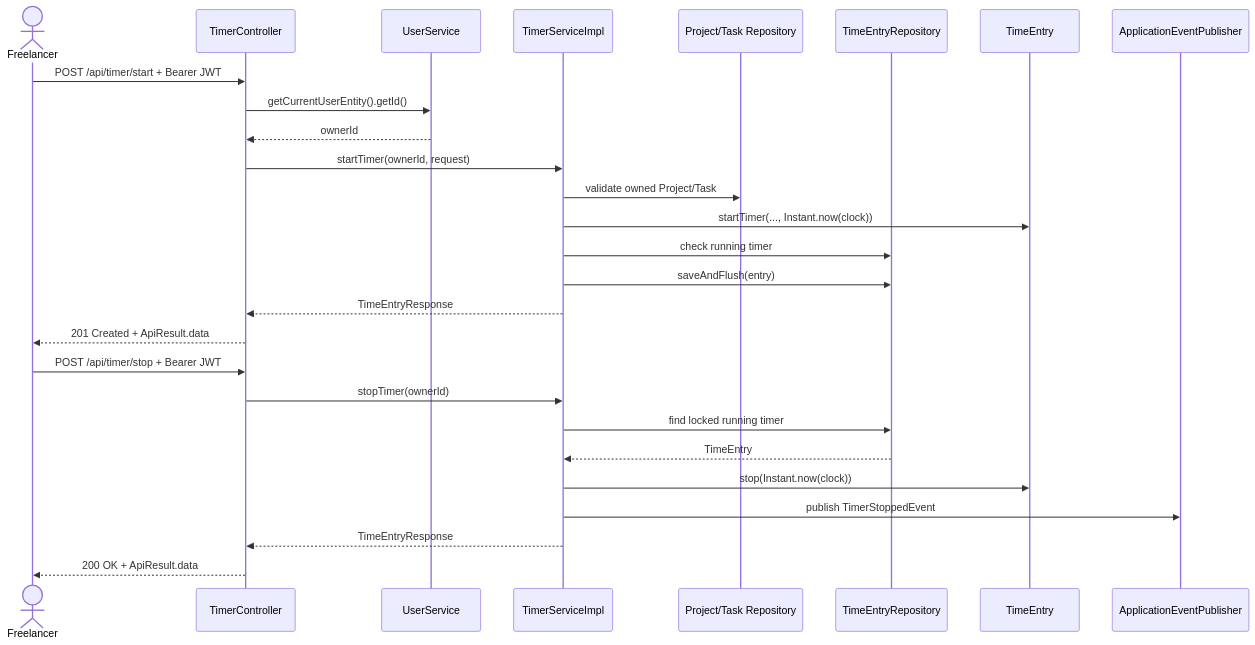
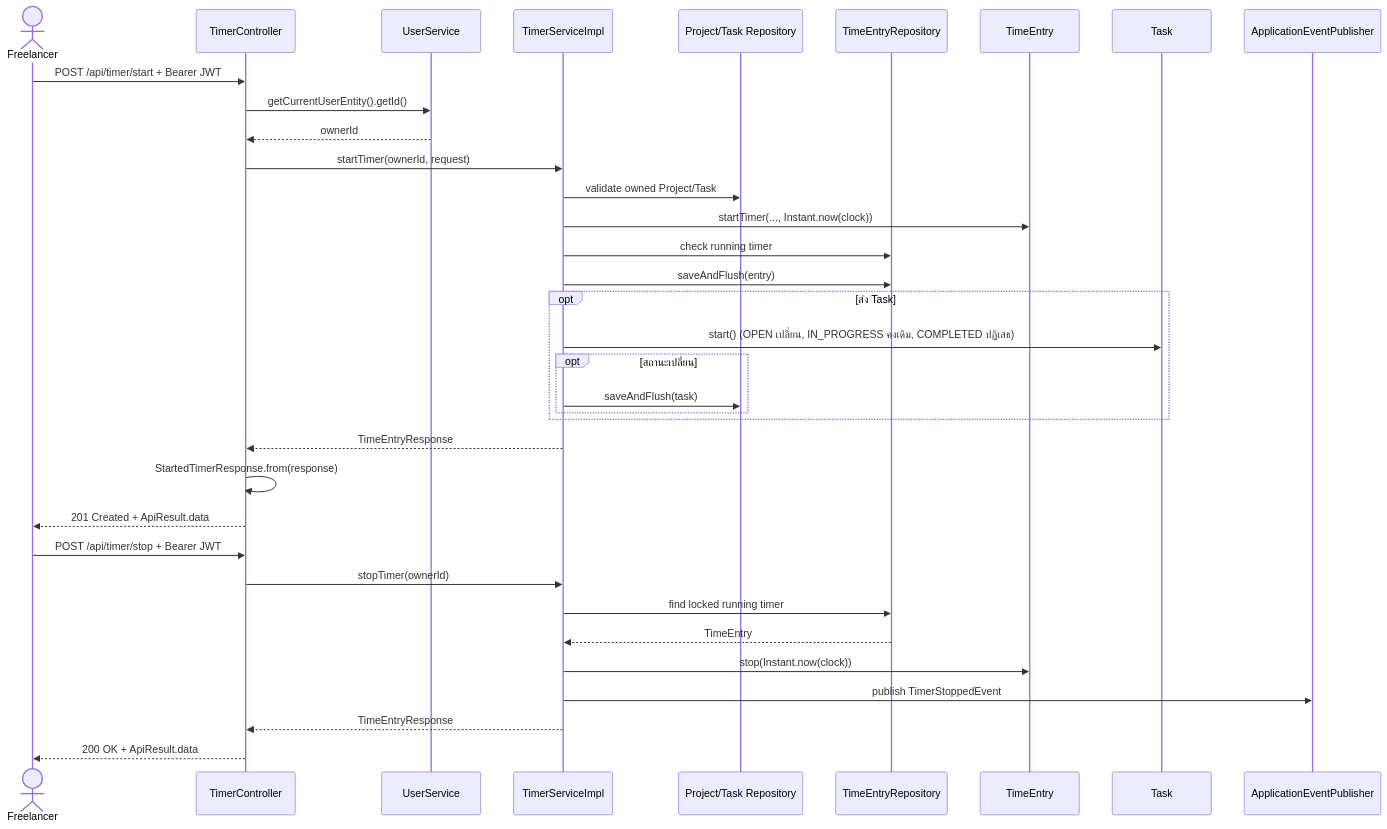
The diagram in doc/V1/USECASE/kompat-usecase.md (lillianxhub/freelance-hub), drawn with Mermaid before and after one commit. The commit also changed other lines of this file and 2 other files, not shown here.

Commit message:
doc: align time tracking documents with timer start behavior

````diff
--- a/doc/V1/USECASE/kompat-usecase.md
+++ b/doc/V1/USECASE/kompat-usecase.md
@@ -153,31 +153,39 @@
 ```mermaid
 sequenceDiagram
     actor F as Freelancer
     participant C as TimerController
     participant U as UserService
     participant S as TimerServiceImpl
     participant P as Project/Task Repository
     participant R as TimeEntryRepository
     participant E as TimeEntry
+    participant T as Task
     participant B as ApplicationEventPublisher
 
     F->>C: POST /api/timer/start + Bearer JWT
     C->>U: getCurrentUserEntity().getId()
     U-->>C: ownerId
     C->>S: startTimer(ownerId, request)
     S->>P: validate owned Project/Task
     S->>E: startTimer(..., Instant.now(clock))
     S->>R: check running timer
     S->>R: saveAndFlush(entry)
+    opt ส่ง Task
+        S->>T: start() (OPEN เปลี่ยน, IN_PROGRESS คงเดิม, COMPLETED ปฏิเสธ)
+        opt สถานะเปลี่ยน
+            S->>P: saveAndFlush(task)
+        end
+    end
     S-->>C: TimeEntryResponse
+    C->>C: StartedTimerResponse.from(response)
     C-->>F: 201 Created + ApiResult.data
 
     F->>C: POST /api/timer/stop + Bearer JWT
     C->>S: stopTimer(ownerId)
     S->>R: find locked running timer
     R-->>S: TimeEntry
     S->>E: stop(Instant.now(clock))
     S->>B: publish TimerStoppedEvent
     S-->>C: TimeEntryResponse
     C-->>F: 200 OK + ApiResult.data
 ```
````
